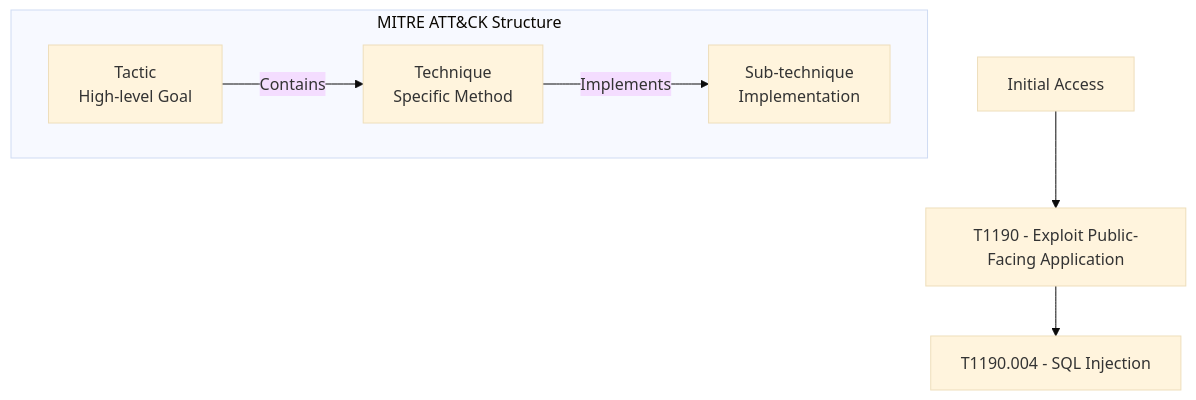
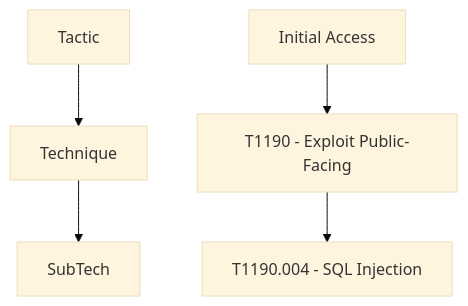
One commit to manojxshrestha/SOC-Analyst-Cheatsheet changed the ninth of 28 diagrams in 1-Incident-Handling-Process/README.md. Above: the diagram before and after it, drawn with Mermaid (base theme). The commit also changed other lines of this file, not shown here.

````diff
--- a/1-Incident-Handling-Process/README.md
+++ b/1-Incident-Handling-Process/README.md
@@ -320,10 +295,8 @@
 ```mermaid
-graph TD
-    subgraph "MITRE ATT&CK Structure"
-        Tactic[Tactic<br/>High-level Goal] -->|Contains| Tech[Technique<br/>Specific Method]
-        Tech -->|Implements| SubTech[Sub-technique<br/>Implementation]
-    end
+flowchart TD
+    Tactic --> Technique
+    Technique --> SubTech
     
-    Example1[Initial Access] --> Example2[T1190 - Exploit Public-Facing Application]
+    Example1[Initial Access] --> Example2[T1190 - Exploit Public-Facing]
     Example2 --> Example3[T1190.004 - SQL Injection]
 ```
````
